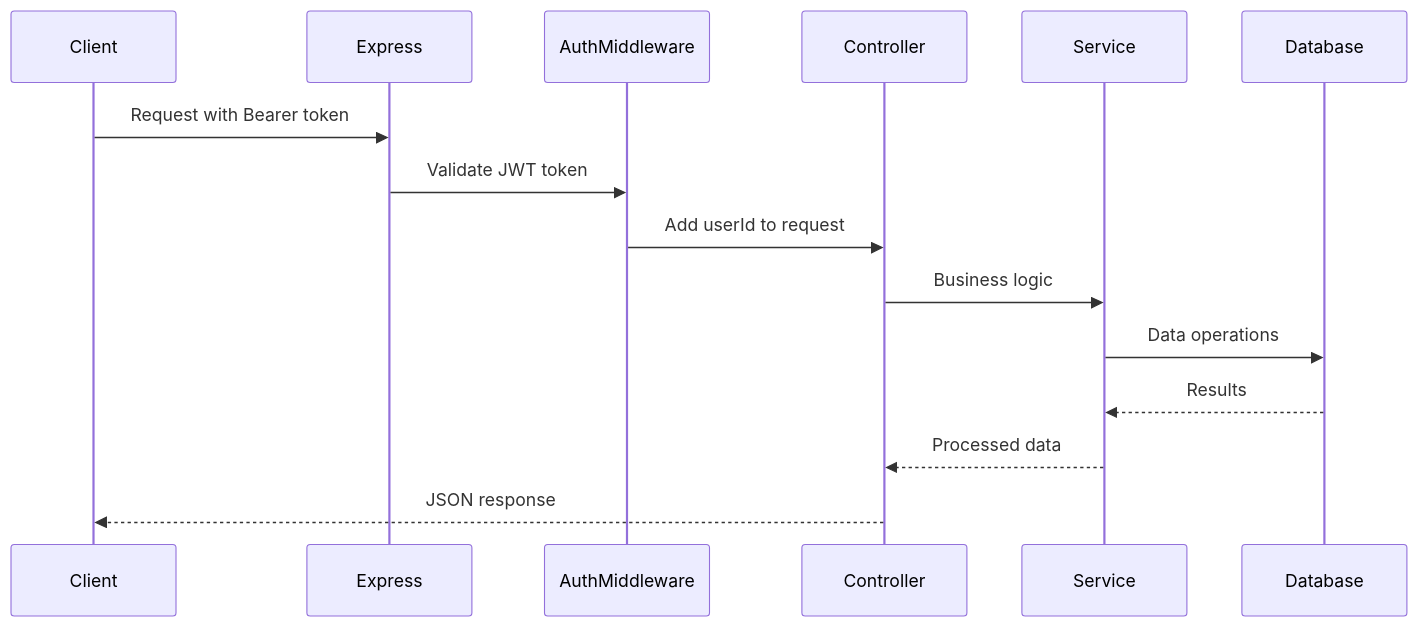
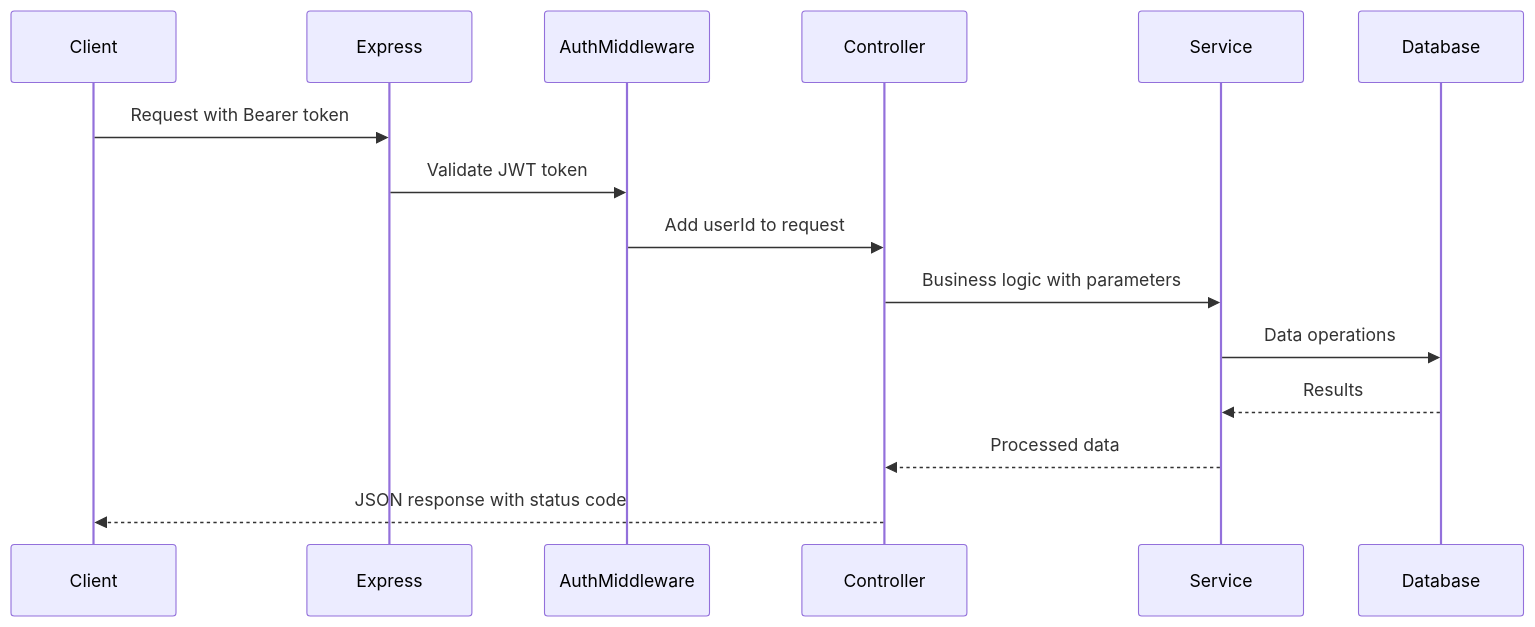
The second of 7 diagrams in BACKEND_ARCHITECTURE.md (azeema11/azerro_backend), drawn with Mermaid before and after one commit. The commit also changed other lines of this file and 18 other files, not shown here.

````diff
--- a/BACKEND_ARCHITECTURE.md
+++ b/BACKEND_ARCHITECTURE.md
@@ -96,18 +102,18 @@
 ```mermaid
 sequenceDiagram
     participant Client
     participant Express
     participant AuthMiddleware
     participant Controller
     participant Service
     participant Database
 
     Client->>Express: Request with Bearer token
     Express->>AuthMiddleware: Validate JWT token
     AuthMiddleware->>Controller: Add userId to request
-    Controller->>Service: Business logic
+    Controller->>Service: Business logic with parameters
     Service->>Database: Data operations
     Database-->>Service: Results
     Service-->>Controller: Processed data
-    Controller-->>Client: JSON response
+    Controller-->>Client: JSON response with status code
 ```
````
